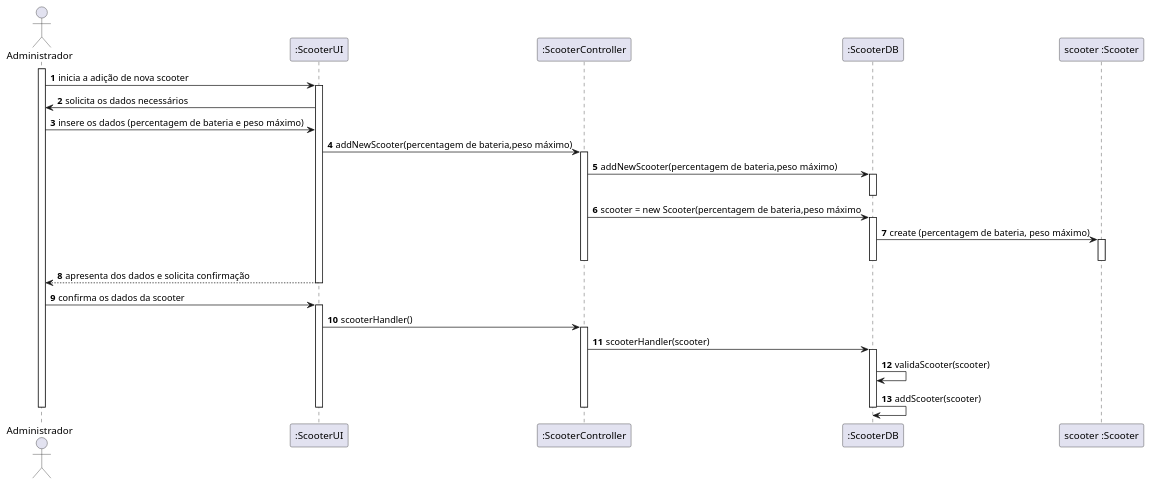
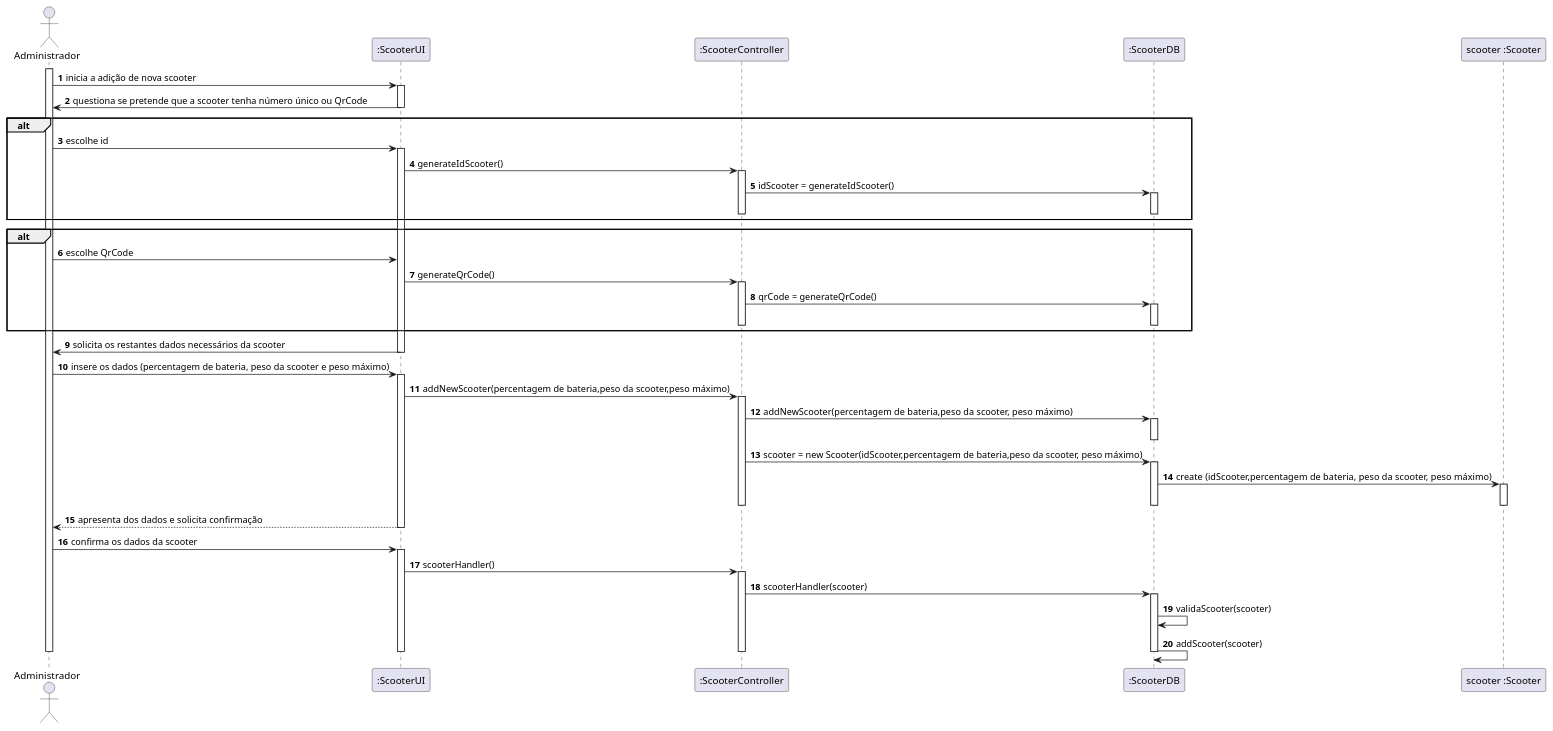
Before and after one commit to pedrolemos4/LAPR3: the diagram in docs/UC10/UC10_AdicionarScooter_SD.puml, drawn with PlantUML. The commit also changed 3 other files, not shown here.

Commit message:
LAP3AP4-45 #close Gerar número ou QrCode para scooter [Design]

```diff
--- a/docs/UC10/UC10_AdicionarScooter_SD.puml
+++ b/docs/UC10/UC10_AdicionarScooter_SD.puml
@@ -1,45 +1,71 @@
 @startuml
 autonumber
 
 actor "Administrador" as ADMIN
 
 participant ":ScooterUI" as UI
 participant ":ScooterController" as CTRL
 participant ":ScooterDB" as SCHL
 participant "scooter :Scooter" as SCOOT
 
 activate ADMIN
 ADMIN -> UI : inicia a adição de nova scooter
 activate UI
-UI -> ADMIN : solicita os dados necessários
-ADMIN -> UI : insere os dados (percentagem de bateria e peso máximo)
-UI -> CTRL : addNewScooter(percentagem de bateria,peso máximo)
+UI -> ADMIN : questiona se pretende que a scooter tenha número único ou QrCode
+deactivate UI
+
+alt 
+ADMIN -> UI : escolhe id
+activate UI
+UI -> CTRL : generateIdScooter()
 activate CTRL
-CTRL -> SCHL : addNewScooter(percentagem de bateria,peso máximo)
+CTRL -> SCHL : idScooter = generateIdScooter()
+activate SCHL
+deactivate SCHL 
+deactivate CTRL
+end alt
+
+alt 
+ADMIN -> UI : escolhe QrCode
+UI -> CTRL : generateQrCode()
+activate CTRL
+CTRL -> SCHL : qrCode = generateQrCode()
 activate SCHL
 deactivate SCHL
-CTRL -> SCHL : scooter = new Scooter(percentagem de bateria,peso máximo
+deactivate CTRL
+end alt
+
+UI -> ADMIN : solicita os restantes dados necessários da scooter
+deactivate UI
+ADMIN -> UI : insere os dados (percentagem de bateria, peso da scooter e peso máximo)
+activate UI
+UI -> CTRL : addNewScooter(percentagem de bateria,peso da scooter,peso máximo)
+activate CTRL
+CTRL -> SCHL : addNewScooter(percentagem de bateria,peso da scooter, peso máximo)
 activate SCHL
-SCHL -> SCOOT : create (percentagem de bateria, peso máximo)
+deactivate SCHL
+CTRL -> SCHL : scooter = new Scooter(idScooter,percentagem de bateria,peso da scooter, peso máximo)
+activate SCHL
+SCHL -> SCOOT : create (idScooter,percentagem de bateria, peso da scooter, peso máximo)
 activate SCOOT
 deactivate SCOOT
 deactivate SCHL
 deactivate CTRL
   
 UI --> ADMIN : apresenta dos dados e solicita confirmação
 deactivate UI
 
 ADMIN -> UI : confirma os dados da scooter
 activate UI 
 UI -> CTRL : scooterHandler()
 activate CTRL
 CTRL -> SCHL : scooterHandler(scooter)
 activate SCHL
 SCHL -> SCHL : validaScooter(scooter)
 SCHL -> SCHL : addScooter(scooter)
 deactivate SCHL
 deactivate CTRL
 deactivate UI
 deactivate ADMIN
 
 @enduml
```
